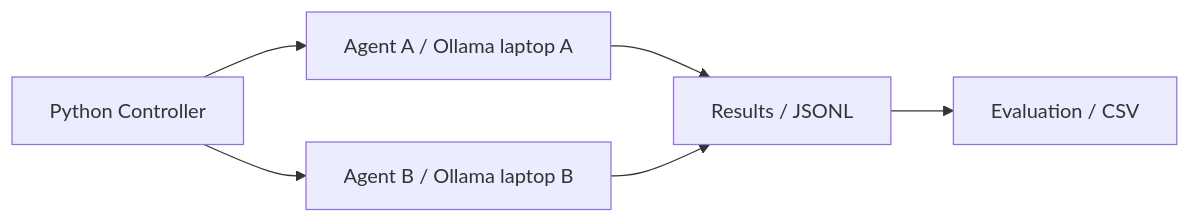
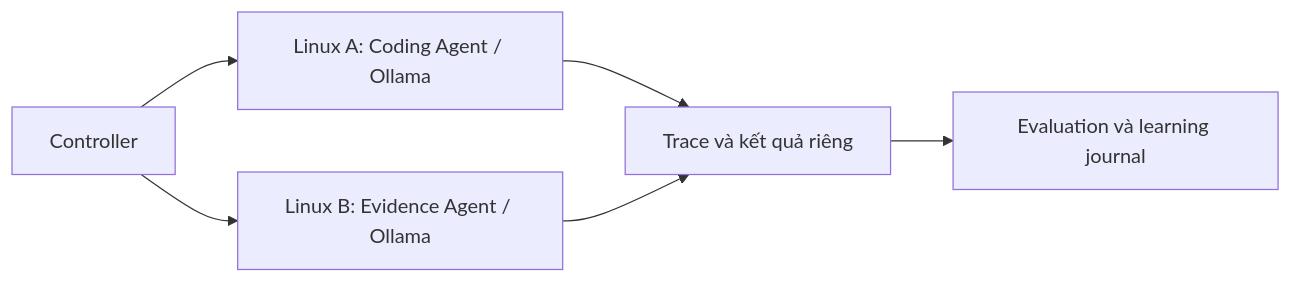
Before and after one commit to PhamNguyenMinhTam/LLM-AGENTS-EXPERIMENTS: the diagram in README.md, drawn with Mermaid. The commit also changed other lines of this file and 95 other files, not shown here.

Commit message:
Reshape repository as a one-year hands-on agent learning lab

````diff
--- a/README.md
+++ b/README.md
@@ -35,8 +23,8 @@
 ```mermaid
 flowchart LR
-    C[Python Controller] --> A[Agent A / Ollama laptop A]
-    C --> B[Agent B / Ollama laptop B]
-    A --> R[Results / JSONL]
+    C[Controller] --> A[Linux A: Coding Agent / Ollama]
+    C --> B[Linux B: Evidence Agent / Ollama]
+    A --> R[Trace và kết quả riêng]
     B --> R
-    R --> E[Evaluation / CSV]
+    R --> E[Evaluation và learning journal]
 ```
````
